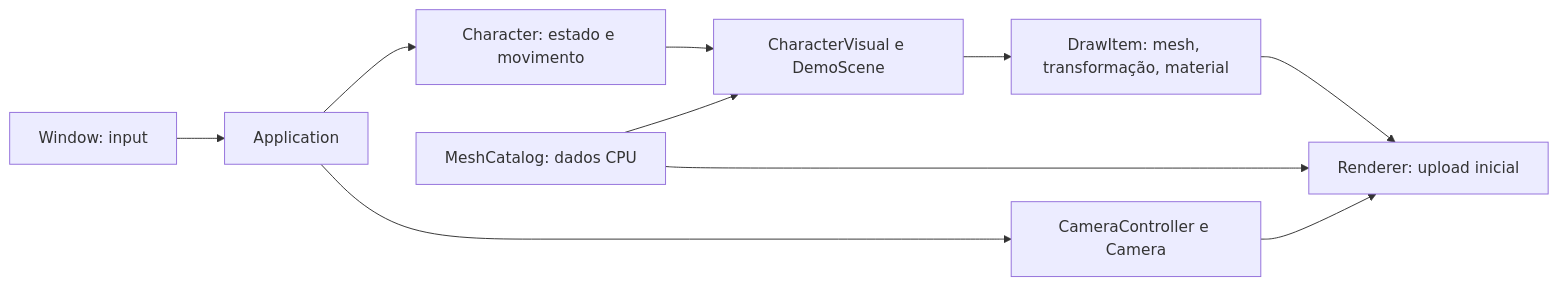
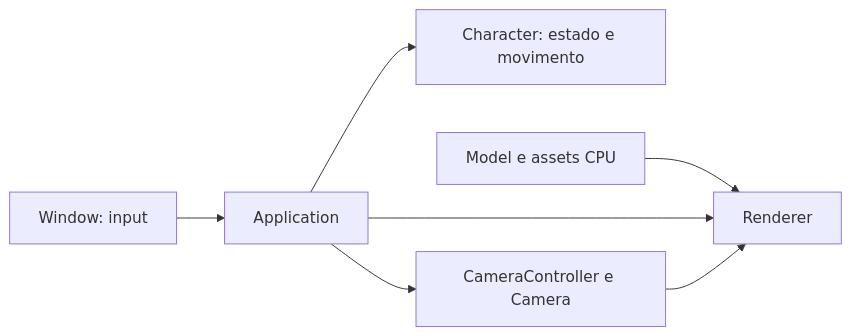
Before and after one commit to gustavocasanova/mmo: the diagram in docs/modules.md, drawn with Mermaid. The commit also changed other lines of this file and 50 other files, not shown here.

````diff
--- a/docs/modules.md
+++ b/docs/modules.md
@@ -36,12 +35,9 @@
 ```mermaid
 flowchart LR
     Window[Window: input] --> App[Application]
     App --> Character[Character: estado e movimento]
     App --> Camera[CameraController e Camera]
-    Character --> Visual[CharacterVisual e DemoScene]
-    Assets[MeshCatalog: dados CPU] --> Visual
-    Assets --> GPU[Renderer: upload inicial]
-    Visual --> Draws[DrawItem: mesh, transformação, material]
-    Draws --> GPU
-    Camera --> GPU
+    Assets[Model e assets CPU] --> Renderer[Renderer]
+    App --> Renderer
+    Camera --> Renderer
 ```
````
